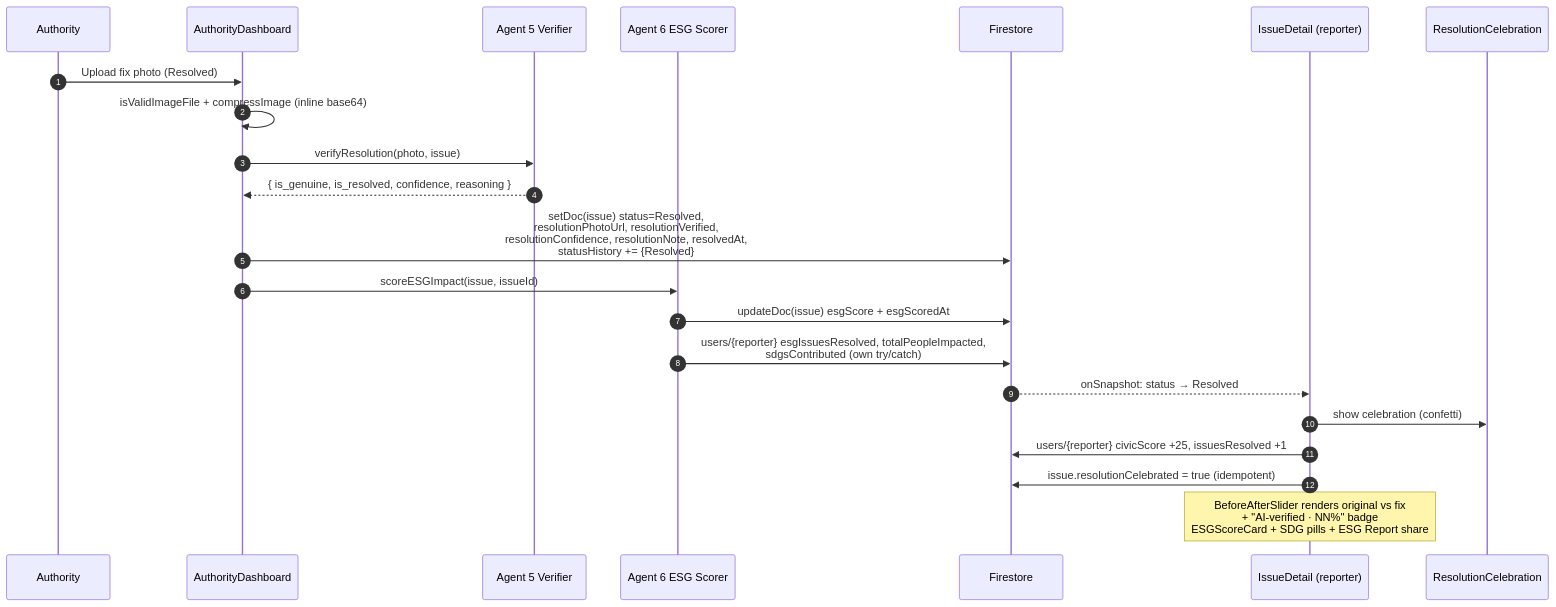
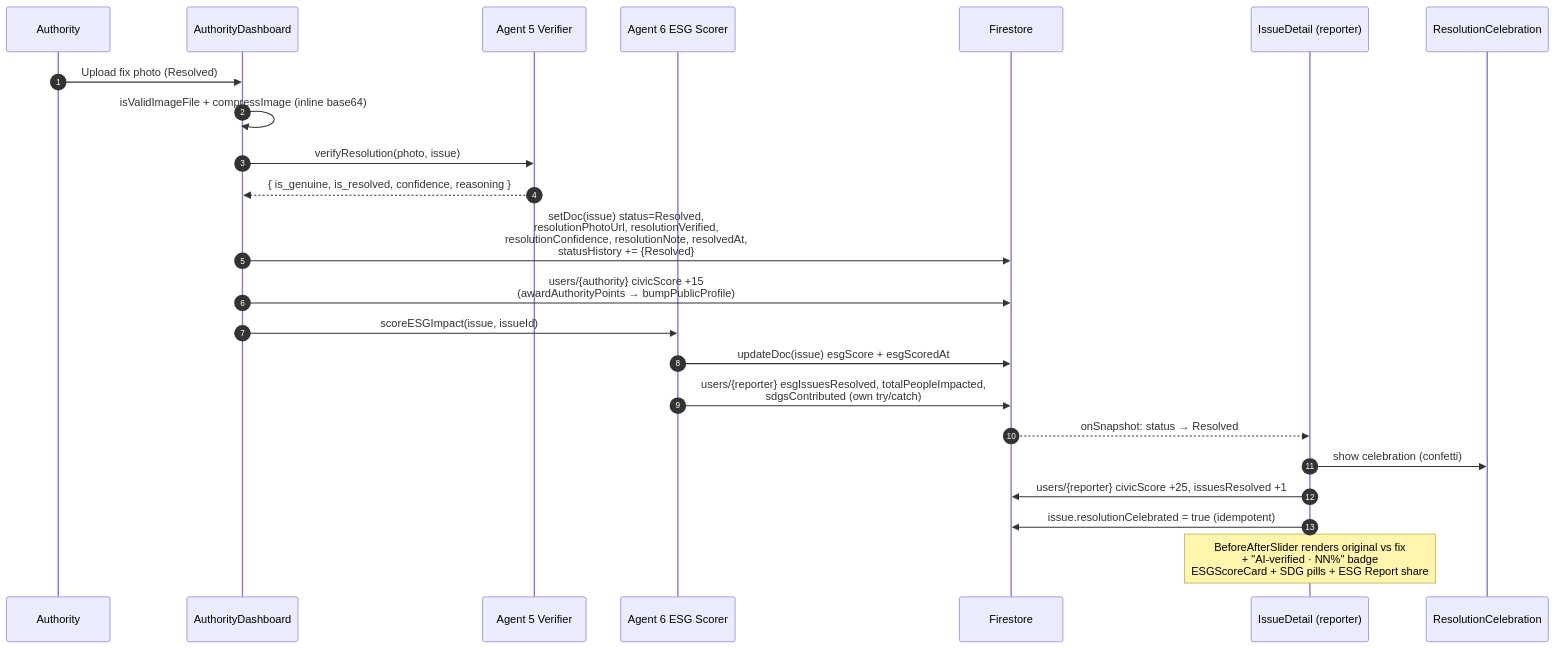
The ninth of 15 diagrams in docs/ARCHITECTURE.md (siddhesh8k/janashakti), drawn with Mermaid before and after one commit. The commit also changed other lines of this file and 120 other files, not shown here.

First line of the commit message:
Earned authority: points-gated Civic Authority badge unlocks verify/resolve

````diff
--- a/docs/ARCHITECTURE.md
+++ b/docs/ARCHITECTURE.md
@@ -547,25 +550,26 @@
 ```mermaid
 sequenceDiagram
     autonumber
     participant AU as Authority
     participant AD as AuthorityDashboard
     participant A5 as Agent 5 Verifier
     participant A6 as Agent 6 ESG Scorer
     participant F as Firestore
     participant ID as IssueDetail (reporter)
     participant RC as ResolutionCelebration
 
     AU->>AD: Upload fix photo (Resolved)
     AD->>AD: isValidImageFile + compressImage (inline base64)
     AD->>A5: verifyResolution(photo, issue)
     A5-->>AD: { is_genuine, is_resolved, confidence, reasoning }
     AD->>F: setDoc(issue) status=Resolved,<br/>resolutionPhotoUrl, resolutionVerified,<br/>resolutionConfidence, resolutionNote, resolvedAt,<br/>statusHistory += {Resolved}
+    AD->>F: users/{authority} civicScore +15<br/>(awardAuthorityPoints → bumpPublicProfile)
     AD->>A6: scoreESGImpact(issue, issueId)
     A6->>F: updateDoc(issue) esgScore + esgScoredAt
     A6->>F: users/{reporter} esgIssuesResolved, totalPeopleImpacted,<br/>sdgsContributed (own try/catch)
     F-->>ID: onSnapshot: status → Resolved
     ID->>RC: show celebration (confetti)
     ID->>F: users/{reporter} civicScore +25, issuesResolved +1
     ID->>F: issue.resolutionCelebrated = true (idempotent)
     Note over ID: BeforeAfterSlider renders original vs fix<br/>+ "AI-verified · NN%" badge<br/>ESGScoreCard + SDG pills + ESG Report share
 ```
````
